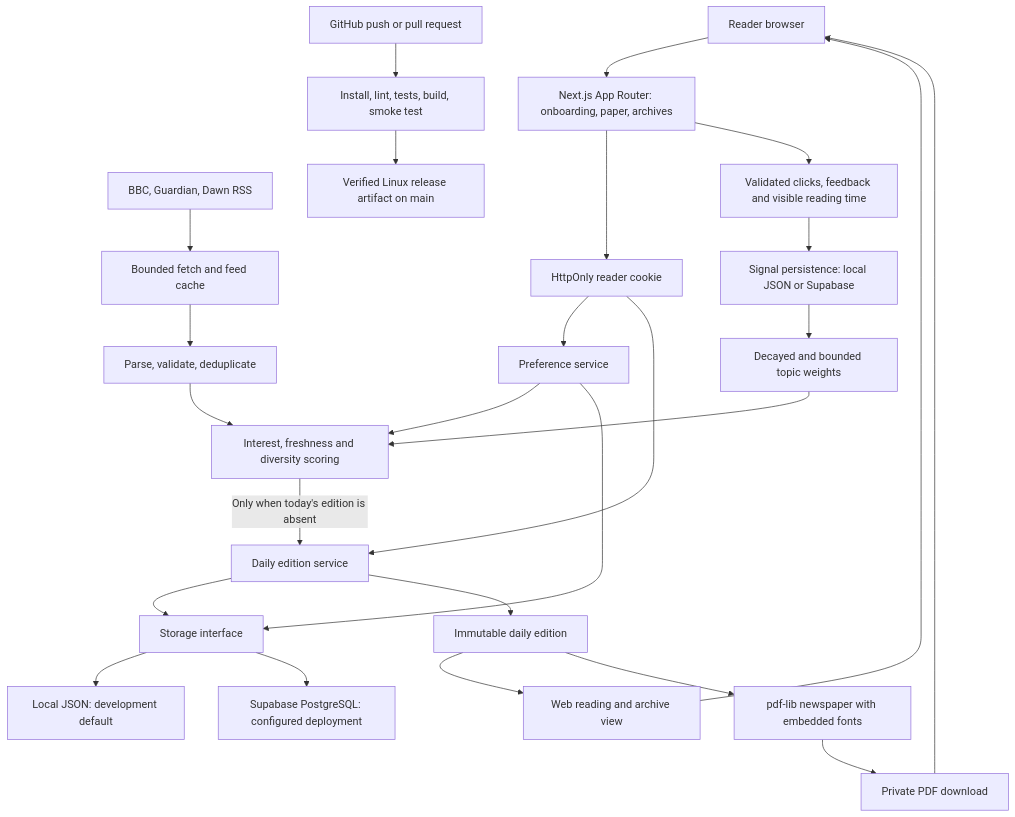
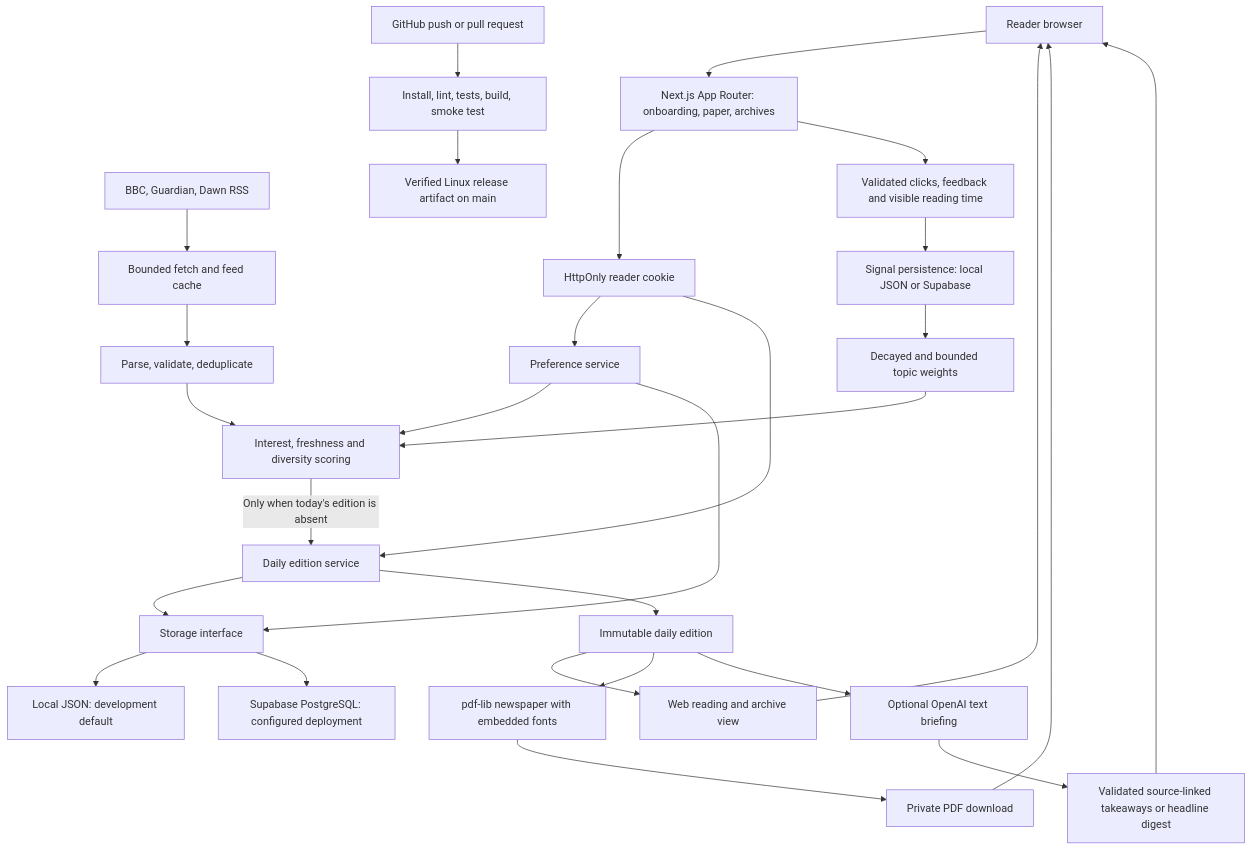
One commit to malikmahdi-sudo/AIhackathon1920 changed the diagram in docs/architecture.mmd. Above: the diagram before and after it, drawn with Mermaid. The commit also changed 14 other files, not shown here.

```diff
--- a/docs/architecture.mmd
+++ b/docs/architecture.mmd
@@ -1,26 +1,29 @@
 flowchart TD
   Reader[Reader browser] --> UI[Next.js App Router: onboarding, paper, archives]
   UI --> Identity[HttpOnly reader cookie]
   Identity --> Preferences[Preference service]
   Identity --> Editions[Daily edition service]
   Publishers[BBC, Guardian, Dawn RSS] --> Fetch[Bounded fetch and feed cache]
   Fetch --> Normalize[Parse, validate, deduplicate]
   Normalize --> Rank[Interest, freshness and diversity scoring]
   Preferences --> Rank
   UI --> Signals[Validated clicks, feedback and visible reading time]
   Signals --> SignalStore[Signal persistence: local JSON or Supabase]
   SignalStore --> Learning[Decayed and bounded topic weights]
   Learning --> Rank
   Rank -->|Only when today's edition is absent| Editions
   Editions --> Storage[Storage interface]
   Preferences --> Storage
   Storage --> Local[Local JSON: development default]
   Storage --> Cloud[Supabase PostgreSQL: configured deployment]
   Editions --> Snapshot[Immutable daily edition]
   Snapshot --> Reading[Web reading and archive view]
   Snapshot --> PDF[pdf-lib newspaper with embedded fonts]
   Reading --> Reader
   PDF --> Download[Private PDF download]
   Download --> Reader
   Git[GitHub push or pull request] --> CI[Install, lint, tests, build, smoke test]
   CI --> Artifact[Verified Linux release artifact on main]
+  Snapshot --> Briefing[Optional OpenAI text briefing]
+  Briefing --> Fallback[Validated source-linked takeaways or headline digest]
+  Fallback --> Reader
```
